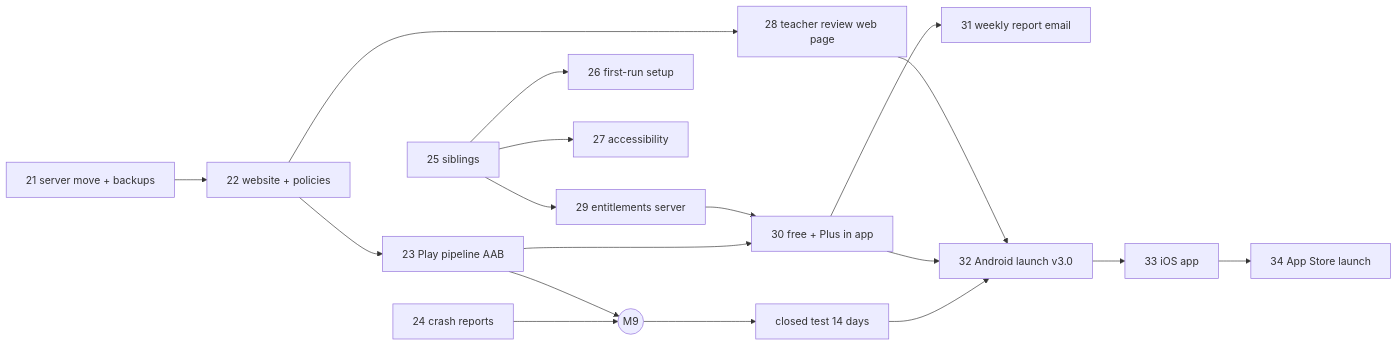
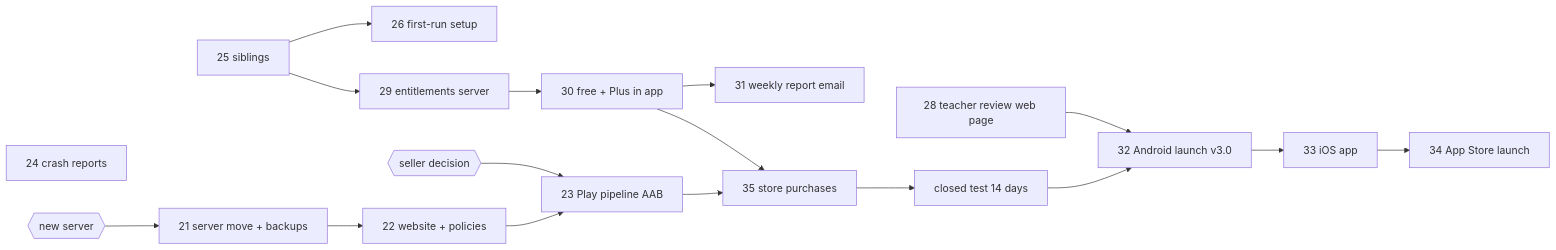
Before and after one commit to codeforests/number-ninja: the diagram in docs/05-phase3-plan.md, drawn with Mermaid. The commit also changed other lines of this file and 1 other file, not shown here.

First line of the commit message:
docs: phase 3 plan, app features first, accessibility deferred, K2/P3-P6 assessment [skip ci]

````diff
--- a/docs/05-phase3-plan.md
+++ b/docs/05-phase3-plan.md
@@ -36,20 +39,20 @@
 ```mermaid
 flowchart LR
-  F21[21 server move + backups] --> F22[22 website + policies]
-  F22 --> F23[23 Play pipeline AAB]
-  F24[24 crash reports] --> M9
-  F23 --> M9((M9))
   F25[25 siblings] --> F26[26 first-run setup]
-  F25 --> F27[27 accessibility]
-  M9 --> CT[closed test 14 days]
+  F24[24 crash reports]
   F25 --> F29[29 entitlements server]
-  F23 --> F30
   F29 --> F30[30 free + Plus in app]
   F30 --> F31[31 weekly report email]
+  F28[28 teacher review web page]
+  NS{{new server}} --> F21[21 server move + backups]
+  SI{{seller decision}} --> F23
+  F21 --> F22[22 website + policies]
+  F22 --> F23[23 Play pipeline AAB]
+  F23 --> F35[35 store purchases]
+  F30 --> F35
+  F35 --> CT[closed test 14 days]
   CT --> F32[32 Android launch v3.0]
-  F30 --> F32
-  F22 --> F28[28 teacher review web page]
   F28 --> F32
   F32 --> F33[33 iOS app]
   F33 --> F34[34 App Store launch]
 ```
````
